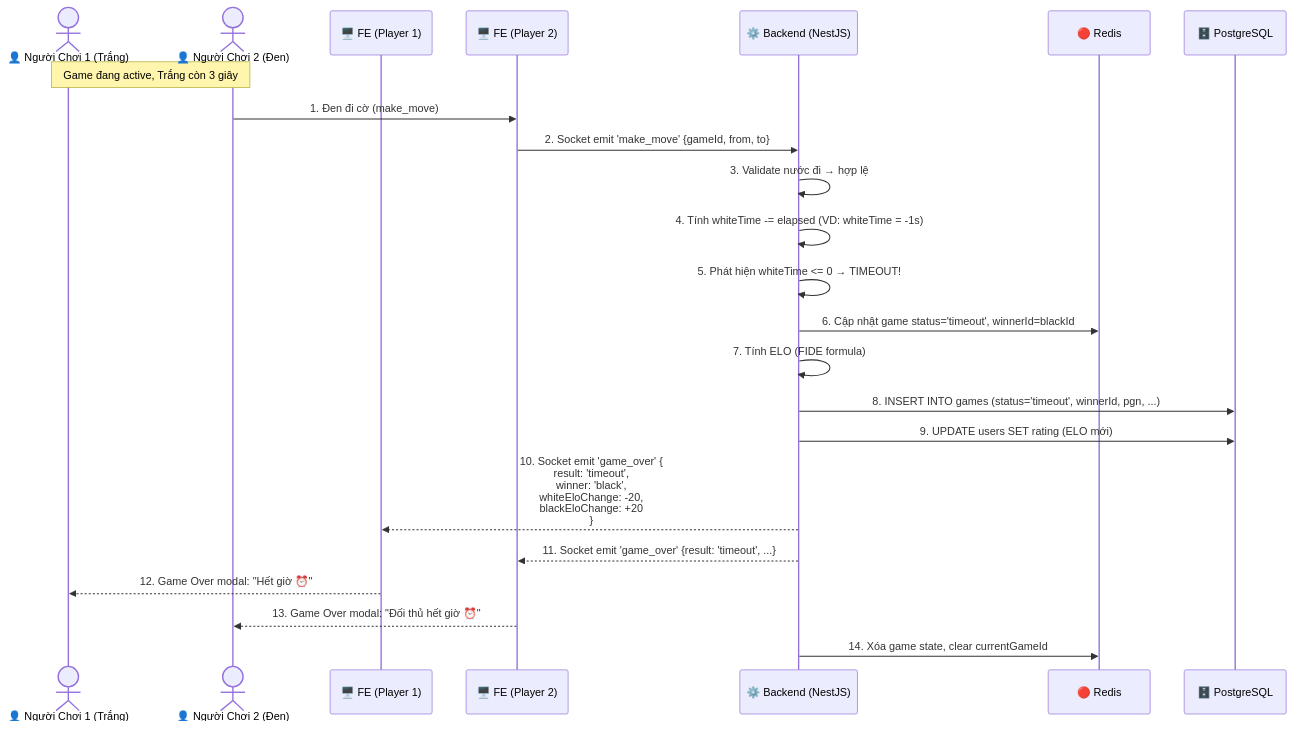
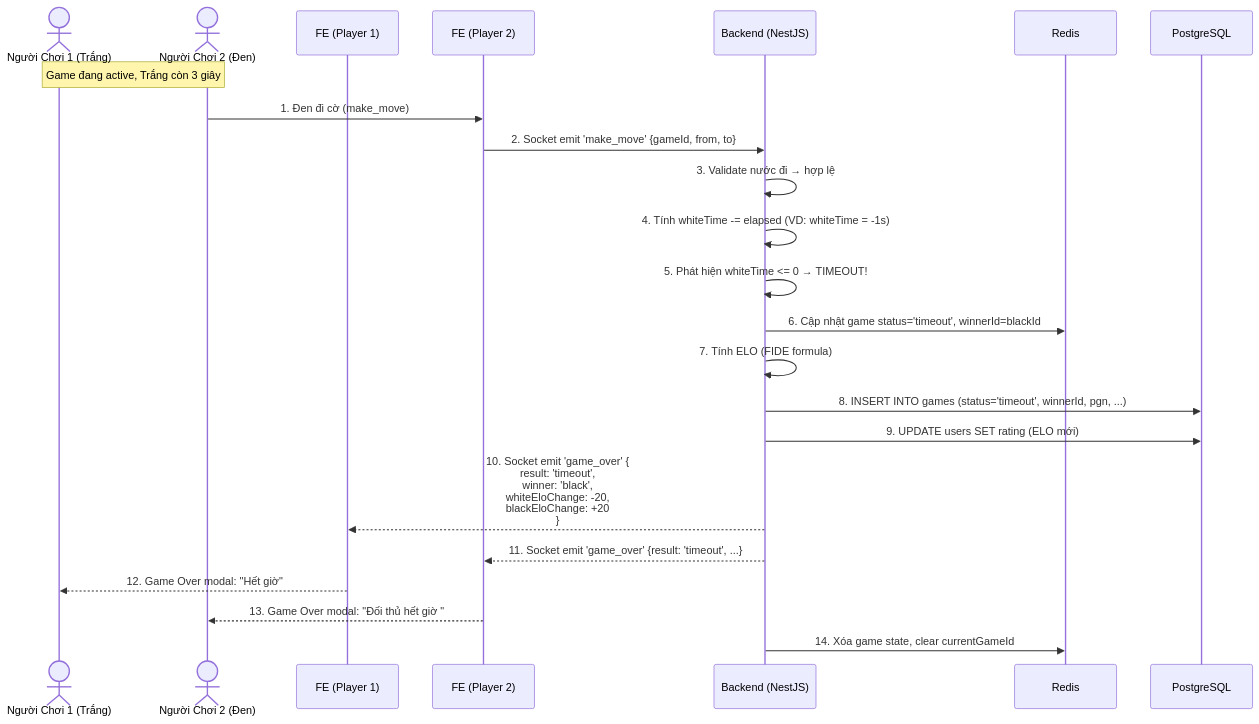
The eighth of 22 diagrams in docs/sequence-diagrams.md (legiabao0907/web-chess-real-time), drawn with Mermaid before and after one commit. The commit also changed other lines of this file, not shown here.

````diff
--- a/docs/sequence-diagrams.md
+++ b/docs/sequence-diagrams.md
@@ -362,33 +362,33 @@
 ```mermaid
 sequenceDiagram
-    actor P1 as 👤 Người Chơi 1 (Trắng)
-    actor P2 as 👤 Người Chơi 2 (Đen)
-    participant FE1 as 🖥️ FE (Player 1)
-    participant FE2 as 🖥️ FE (Player 2)
-    participant BE as ⚙️ Backend (NestJS)
-    participant Redis as 🔴 Redis
-    participant PG as 🗄️ PostgreSQL
+ actor P1 as Người Chơi 1 (Trắng)
+ actor P2 as Người Chơi 2 (Đen)
+ participant FE1 as FE (Player 1)
+ participant FE2 as FE (Player 2)
+ participant BE as Backend (NestJS)
+ participant Redis as Redis
+ participant PG as PostgreSQL
 
-    Note over P1, P2: Game đang active, Trắng còn 3 giây
+ Note over P1, P2: Game đang active, Trắng còn 3 giây
 
-    P2->>FE2: 1. Đen đi cờ (make_move)
-    FE2->>BE: 2. Socket emit 'make_move' {gameId, from, to}
+ P2->>FE2: 1. Đen đi cờ (make_move)
+ FE2->>BE: 2. Socket emit 'make_move' {gameId, from, to}
 
-    BE->>BE: 3. Validate nước đi → hợp lệ
-    BE->>BE: 4. Tính whiteTime -= elapsed (VD: whiteTime = -1s)
-    BE->>BE: 5. Phát hiện whiteTime <= 0 → TIMEOUT!
+ BE->>BE: 3. Validate nước đi → hợp lệ
+ BE->>BE: 4. Tính whiteTime -= elapsed (VD: whiteTime = -1s)
+ BE->>BE: 5. Phát hiện whiteTime <= 0 → TIMEOUT!
 
-    BE->>Redis: 6. Cập nhật game status='timeout', winnerId=blackId
-    BE->>BE: 7. Tính ELO (FIDE formula)
+ BE->>Redis: 6. Cập nhật game status='timeout', winnerId=blackId
+ BE->>BE: 7. Tính ELO (FIDE formula)
 
-    BE->>PG: 8. INSERT INTO games (status='timeout', winnerId, pgn, ...)
-    BE->>PG: 9. UPDATE users SET rating (ELO mới)
+ BE->>PG: 8. INSERT INTO games (status='timeout', winnerId, pgn, ...)
+ BE->>PG: 9. UPDATE users SET rating (ELO mới)
 
-    BE-->>FE1: 10. Socket emit 'game_over' {<br/>  result: 'timeout',<br/>  winner: 'black',<br/>  whiteEloChange: -20,<br/>  blackEloChange: +20<br/>}
-    BE-->>FE2: 11. Socket emit 'game_over' {result: 'timeout', ...}
+ BE-->>FE1: 10. Socket emit 'game_over' {<br/> result: 'timeout',<br/> winner: 'black',<br/> whiteEloChange: -20,<br/> blackEloChange: +20<br/>}
+ BE-->>FE2: 11. Socket emit 'game_over' {result: 'timeout', ...}
 
-    FE1-->>P1: 12. Game Over modal: "Hết giờ ⏰"
-    FE2-->>P2: 13. Game Over modal: "Đối thủ hết giờ ⏰"
+ FE1-->>P1: 12. Game Over modal: "Hết giờ"
+ FE2-->>P2: 13. Game Over modal: "Đối thủ hết giờ "
 
-    BE->>Redis: 14. Xóa game state, clear currentGameId
+ BE->>Redis: 14. Xóa game state, clear currentGameId
 ```
````
